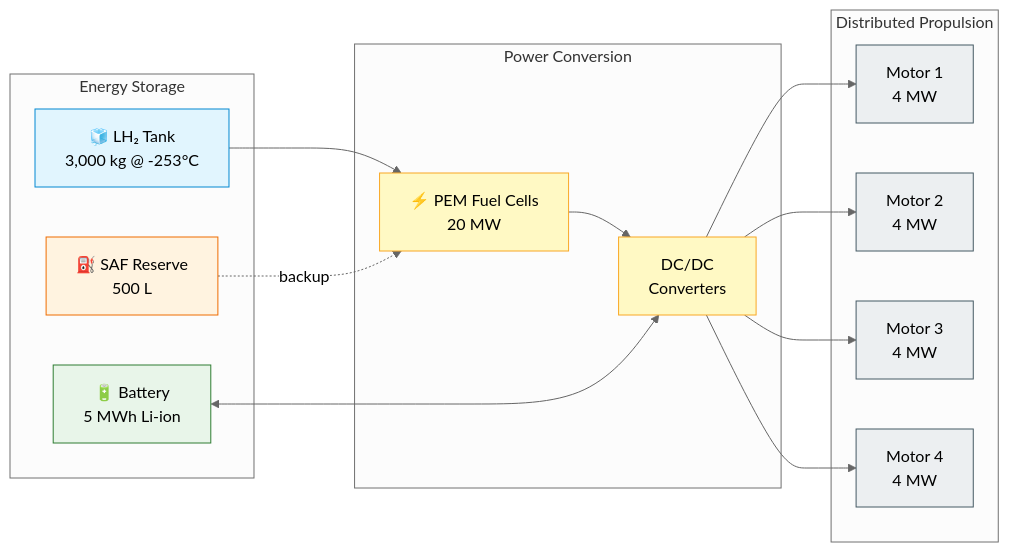
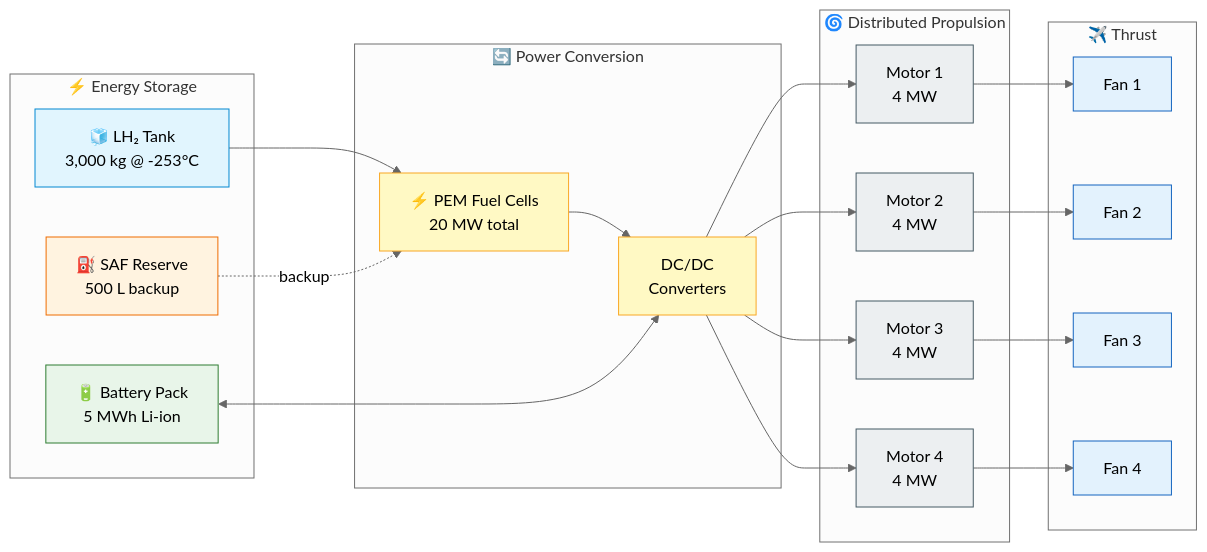
One commit to AmedeoPelliccia/AMPEL360-BWB-H2-Hy-E changed the first of 9 diagrams in README.md. Above: the diagram before and after it, drawn with Mermaid (neutral theme). The commit also changed other lines of this file, not shown here.

`````diff
--- a/README.md
+++ b/README.md
@@ -70,57 +70,51 @@
 ```mermaid
 flowchart LR
-    %% ===============================
-    %% STORAGE
-    %% ===============================
-    subgraph Storage["Energy Storage"]
+    subgraph Storage["⚡ Energy Storage"]
         LH2["🧊 LH₂ Tank<br/>3,000 kg @ -253°C"]
-        BAT["🔋 Battery<br/>5 MWh Li-ion"]
-        SAF["⛽ SAF Reserve<br/>500 L"]
+        BAT["🔋 Battery Pack<br/>5 MWh Li-ion"]
+        SAF["⛽ SAF Reserve<br/>500 L backup"]
     end
 
-    %% ===============================
-    %% CONVERSION
-    %% ===============================
-    subgraph Conversion["Power Conversion"]
-        FC["⚡ PEM Fuel Cells<br/>20 MW"]
+    subgraph Conversion["🔄 Power Conversion"]
+        FC["⚡ PEM Fuel Cells<br/>20 MW total"]
         DC["DC/DC<br/>Converters"]
     end
 
-    %% ===============================
-    %% PROPULSION
-    %% ===============================
-    subgraph Propulsion["Distributed Propulsion"]
+    subgraph Propulsion["🌀 Distributed Propulsion"]
         M1["Motor 1<br/>4 MW"]
         M2["Motor 2<br/>4 MW"]
         M3["Motor 3<br/>4 MW"]
         M4["Motor 4<br/>4 MW"]
     end
 
-    %% ===============================
-    %% FLOWS
-    %% ===============================
+    subgraph Output["✈️ Thrust"]
+        F1["Fan 1"]
+        F2["Fan 2"]
+        F3["Fan 3"]
+        F4["Fan 4"]
+    end
+
     LH2 --> FC
     FC --> DC
     BAT <--> DC
     SAF -.->|backup| FC
     DC --> M1 & M2 & M3 & M4
+    M1 --> F1
+    M2 --> F2
+    M3 --> F3
+    M4 --> F4
 
-    %% ===============================
-    %% STYLES
-    %% ===============================
-
-    %% Storage group (light blue/green)
     style LH2 fill:#e1f5fe,stroke:#0288d1,color:#000
     style BAT fill:#e8f5e9,stroke:#2e7d32,color:#000
     style SAF fill:#fff3e0,stroke:#ef6c00,color:#000
-
-    %% Conversion group (light yellow)
     style FC fill:#fff9c4,stroke:#f9a825,color:#000
     style DC fill:#fff9c4,stroke:#f9a825,color:#000
-
-    %% Propulsion group (light grey-blue)
     style M1 fill:#eceff1,stroke:#455a64,color:#000
     style M2 fill:#eceff1,stroke:#455a64,color:#000
     style M3 fill:#eceff1,stroke:#455a64,color:#000
     style M4 fill:#eceff1,stroke:#455a64,color:#000
-````
+    style F1 fill:#e3f2fd,stroke:#1565c0,color:#000
+    style F2 fill:#e3f2fd,stroke:#1565c0,color:#000
+    style F3 fill:#e3f2fd,stroke:#1565c0,color:#000
+    style F4 fill:#e3f2fd,stroke:#1565c0,color:#000
+```
`````
